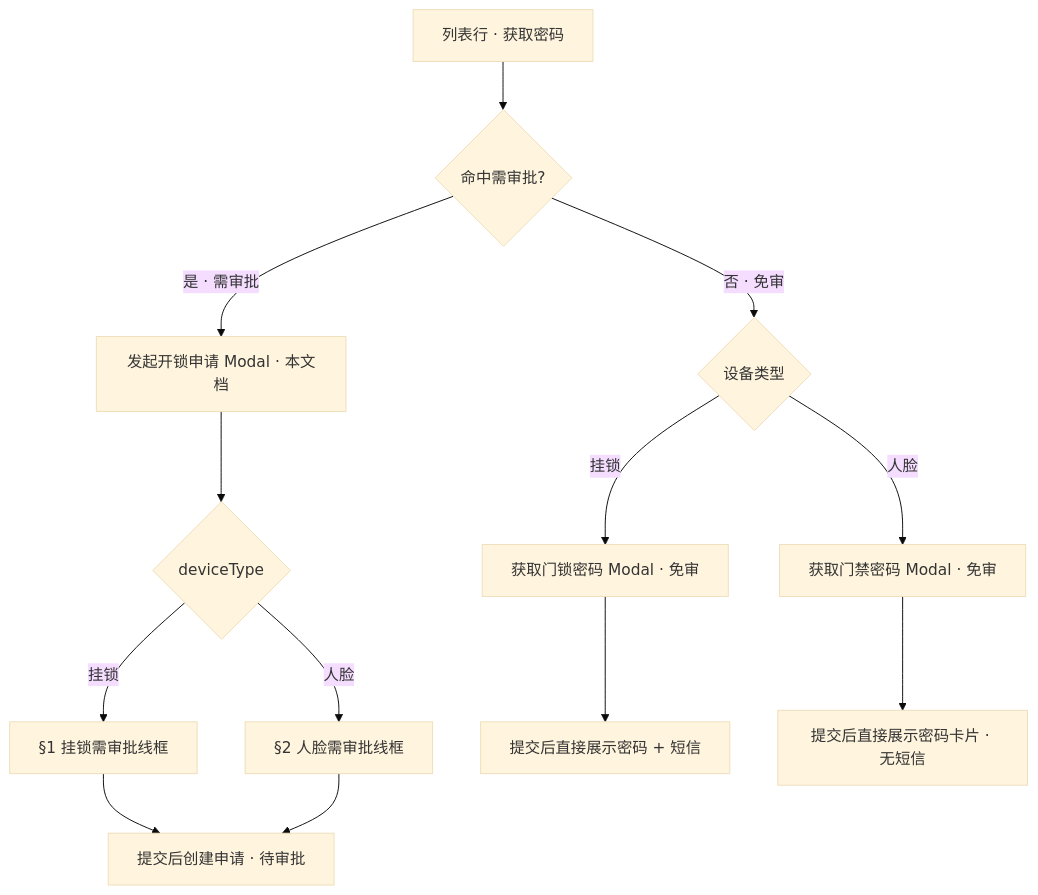
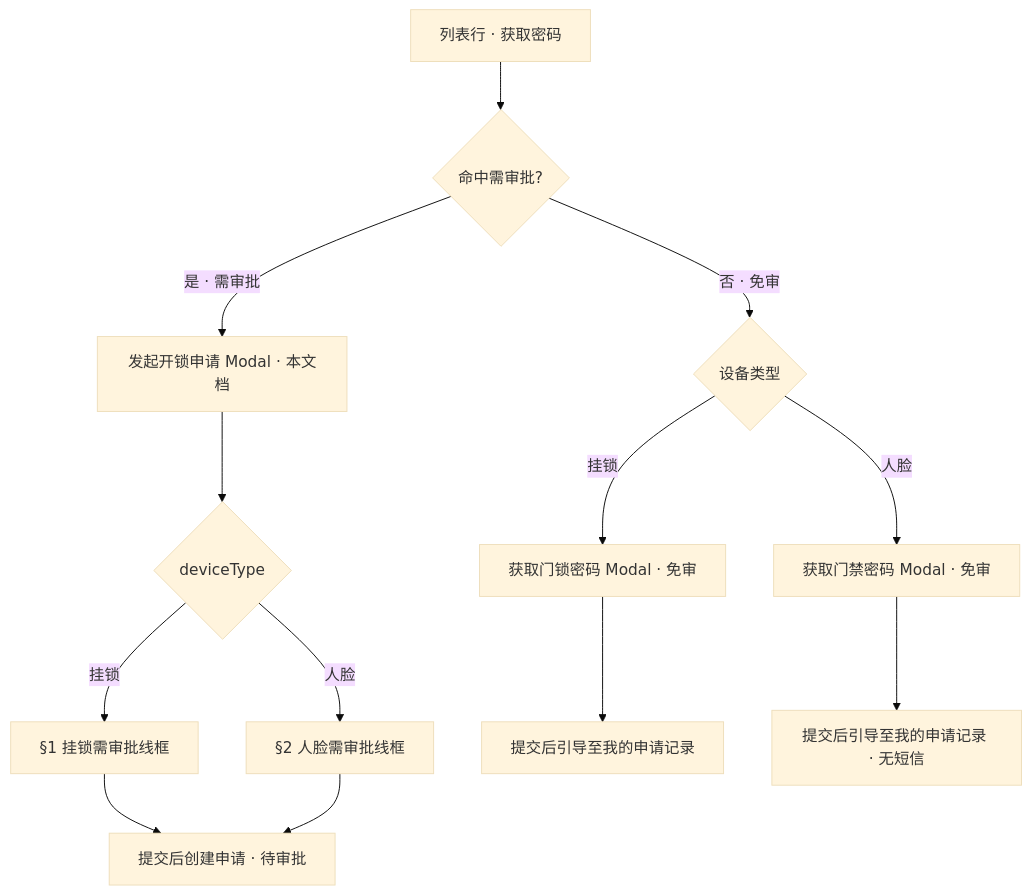
Before and after one commit to RobertHuang999/SYZC: the diagram in 02-PRD文档/B-迭代需求/6.2版本（2026.08）/07-审批中心/03-业务审批/04-我的申请管理/04-开锁审批/开锁申请_ASCII_发起申请页.md, drawn with Mermaid (base theme). The commit also changed other lines of this file and 126 other files, not shown here.

````diff
--- a/02-PRD文档/B-迭代需求/6.2版本（2026.08）/07-审批中心/03-业务审批/04-我的申请管理/04-开锁审批/开锁申请_ASCII_发起申请页.md
+++ b/02-PRD文档/B-迭代需求/6.2版本（2026.08）/07-审批中心/03-业务审批/04-我的申请管理/04-开锁审批/开锁申请_ASCII_发起申请页.md
@@ -18,15 +18,15 @@
 ```mermaid
 flowchart TD
     A[列表行 · 获取密码] --> B{命中需审批?}
     B -->|否 · 免审| C{设备类型}
     B -->|是 · 需审批| D[发起开锁申请 Modal · 本文档]
     C -->|挂锁| E[获取门锁密码 Modal · 免审]
     C -->|人脸| F[获取门禁密码 Modal · 免审]
     D --> G{deviceType}
     G -->|挂锁| H[§1 挂锁需审批线框]
     G -->|人脸| I[§2 人脸需审批线框]
-    E --> J[提交后直接展示密码 + 短信]
-    F --> K[提交后直接展示密码卡片 · 无短信]
+    E --> J[提交后引导至我的申请记录]
+    F --> K[提交后引导至我的申请记录 · 无短信]
     H --> L[提交后创建申请 · 待审批]
     I --> L
 ```
````
